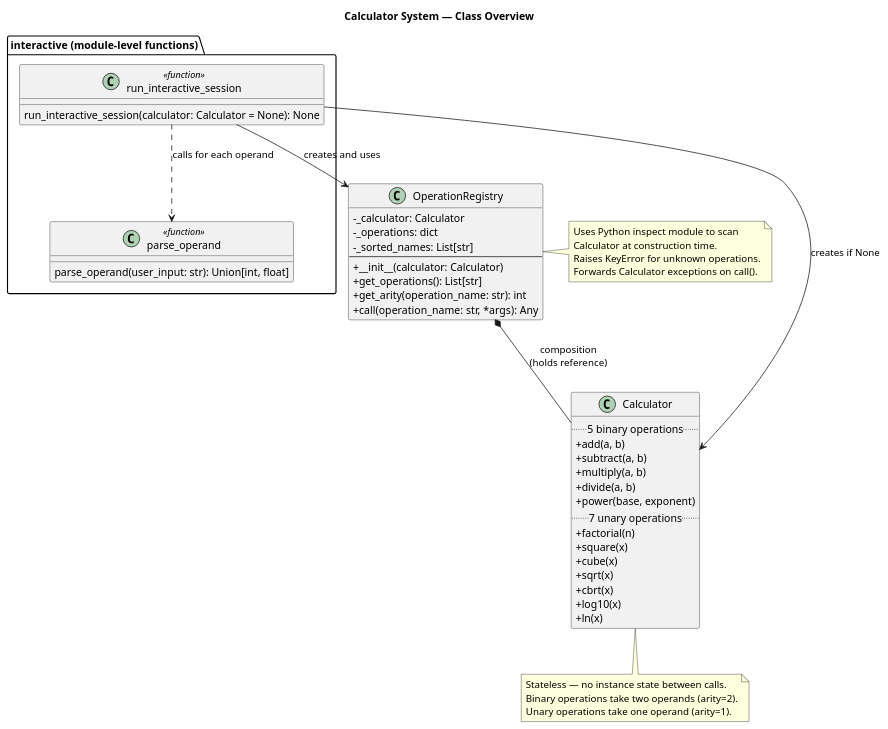
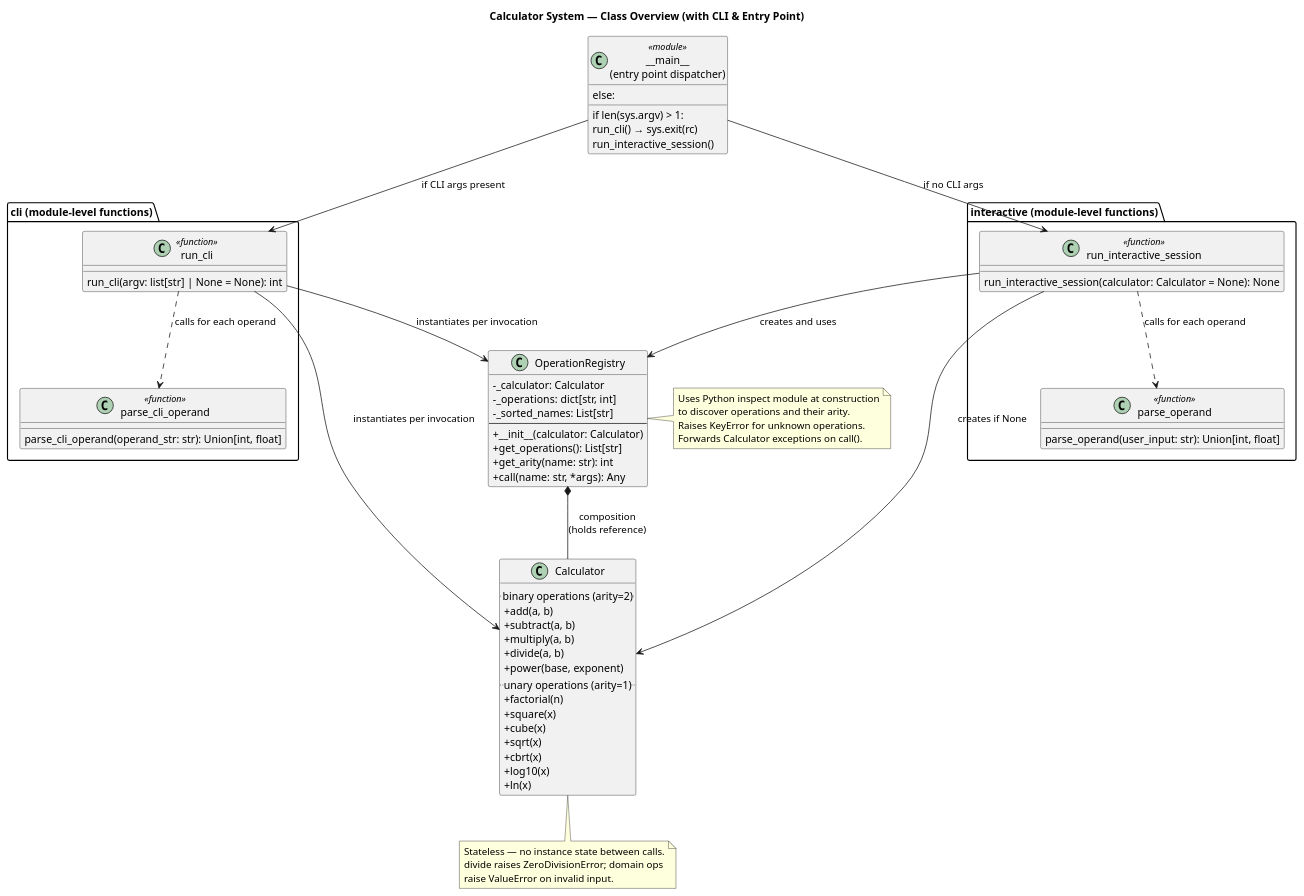
One commit to DanielRiha8906/Calculator_bachelor_autoevolution_team changed the diagram in artifacts/class_diagram.puml. Above: the diagram before and after it, drawn with PlantUML. The commit also changed 5 other files, not shown here.

Commit message:
update diagrams for CLI interface (#391)

```diff
--- a/artifacts/class_diagram.puml
+++ b/artifacts/class_diagram.puml
@@ -1,61 +1,85 @@
 @startuml
-title Calculator System — Class Overview
+title Calculator System — Class Overview (with CLI & Entry Point)
 
 skinparam classAttributeIconSize 0
 
 class Calculator {
-  .. 5 binary operations ..
+  .. binary operations (arity=2) ..
   + add(a, b)
   + subtract(a, b)
   + multiply(a, b)
   + divide(a, b)
   + power(base, exponent)
-  .. 7 unary operations ..
+  .. unary operations (arity=1) ..
   + factorial(n)
   + square(x)
   + cube(x)
   + sqrt(x)
   + cbrt(x)
   + log10(x)
   + ln(x)
 }
 
 note bottom of Calculator
   Stateless — no instance state between calls.
-  Binary operations take two operands (arity=2).
-  Unary operations take one operand (arity=1).
+  divide raises ZeroDivisionError; domain ops
+  raise ValueError on invalid input.
 end note
 
 class OperationRegistry {
   - _calculator: Calculator
-  - _operations: dict
+  - _operations: dict[str, int]
   - _sorted_names: List[str]
   --
   + __init__(calculator: Calculator)
   + get_operations(): List[str]
-  + get_arity(operation_name: str): int
-  + call(operation_name: str, *args): Any
+  + get_arity(name: str): int
+  + call(name: str, *args): Any
 }
 
 note right of OperationRegistry
-  Uses Python inspect module to scan
-  Calculator at construction time.
+  Uses Python inspect module at construction
+  to discover operations and their arity.
   Raises KeyError for unknown operations.
   Forwards Calculator exceptions on call().
 end note
+
+package "cli (module-level functions)" {
+  class parse_cli_operand <<function>> {
+    parse_cli_operand(operand_str: str): Union[int, float]
+  }
+  class run_cli <<function>> {
+    run_cli(argv: list[str] | None = None): int
+  }
+}
 
 package "interactive (module-level functions)" {
   class parse_operand <<function>> {
     parse_operand(user_input: str): Union[int, float]
   }
   class run_interactive_session <<function>> {
     run_interactive_session(calculator: Calculator = None): None
   }
 }
 
+class "__main__\n(entry point dispatcher)" as Main <<module>> {
+  if len(sys.argv) > 1:
+    run_cli() → sys.exit(rc)
+  else:
+    run_interactive_session()
+}
+
 OperationRegistry *-- Calculator : composition\n(holds reference)
+
+run_cli --> Calculator : instantiates per invocation
+run_cli --> OperationRegistry : instantiates per invocation
+run_cli ..> parse_cli_operand : calls for each operand
+
+run_interactive_session --> Calculator : creates if None
 run_interactive_session --> OperationRegistry : creates and uses
-run_interactive_session --> Calculator : creates if None
 run_interactive_session ..> parse_operand : calls for each operand
 
+Main --> run_cli : if CLI args present
+Main --> run_interactive_session : if no CLI args
+
 @enduml
```
